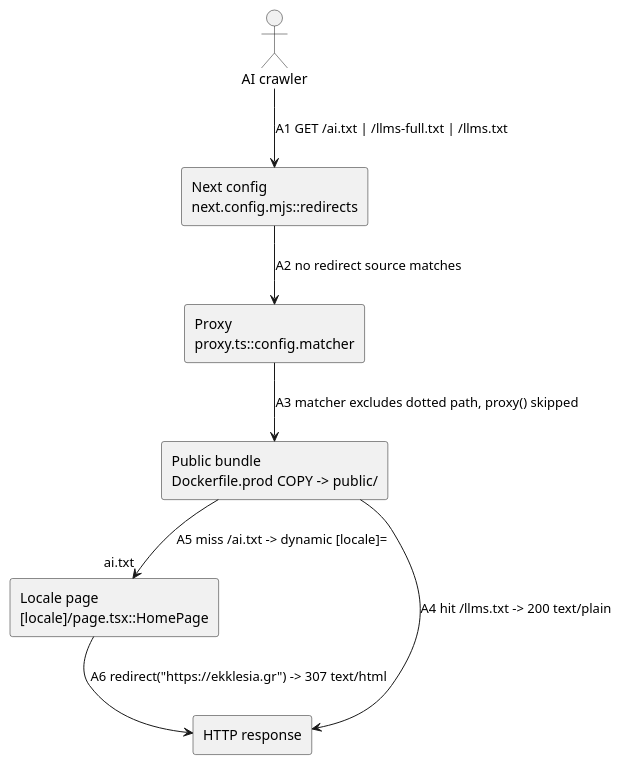
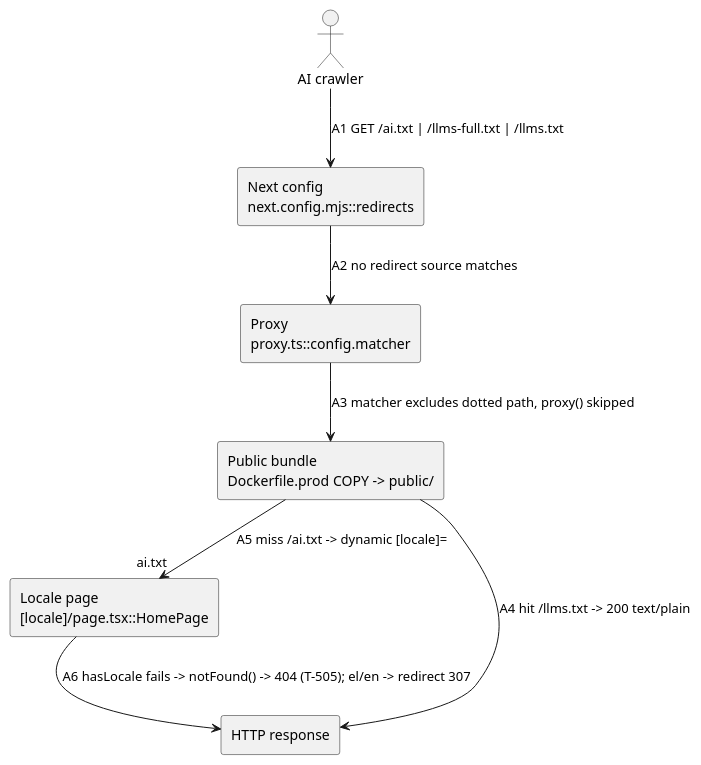
Before and after one commit to NeaBouli/pnyx: the fourth of 4 diagrams in docs/architecture/map.puml, drawn with PlantUML. The commit also changed other lines of this file and 5 other files, not shown here.

First line of the commit message:
fix(web): return 404 for invalid [locale] instead of landing redirect (EKA-64, T-505)

```diff
--- a/docs/architecture/map.puml
+++ b/docs/architecture/map.puml
@@ -75,17 +75,17 @@
 @startuml
 ' EKA-64 component diagram — arrows only for hops on the traced request
 skinparam componentStyle rectangle
 actor "AI crawler" as CRAWLER
 component "Next config\nnext.config.mjs::redirects" as NCFG
 component "Proxy\nproxy.ts::config.matcher" as PROXY
 component "Public bundle\nDockerfile.prod COPY -> public/" as PUBLIC
 component "Locale page\n[locale]/page.tsx::HomePage" as LOCALE
 component "HTTP response" as RESP
 
 CRAWLER --> NCFG : A1 GET /ai.txt | /llms-full.txt | /llms.txt
 NCFG --> PROXY : A2 no redirect source matches
 PROXY --> PUBLIC : A3 matcher excludes dotted path, proxy() skipped
 PUBLIC --> RESP : A4 hit /llms.txt -> 200 text/plain
 PUBLIC --> LOCALE : A5 miss /ai.txt -> dynamic [locale]="ai.txt"
-LOCALE --> RESP : A6 redirect("https://ekklesia.gr") -> 307 text/html
+LOCALE --> RESP : A6 hasLocale fails -> notFound() -> 404 (T-505); el/en -> redirect 307
 @enduml
```
